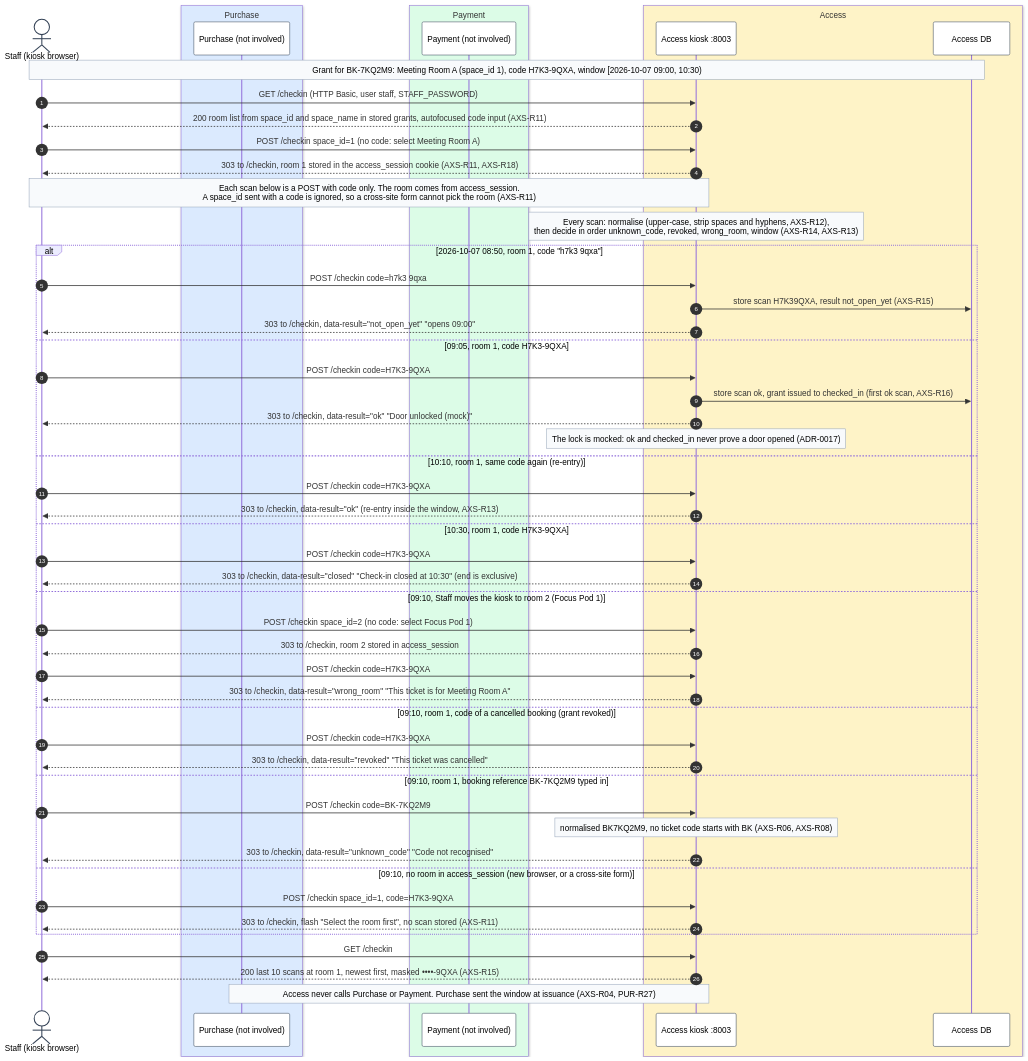
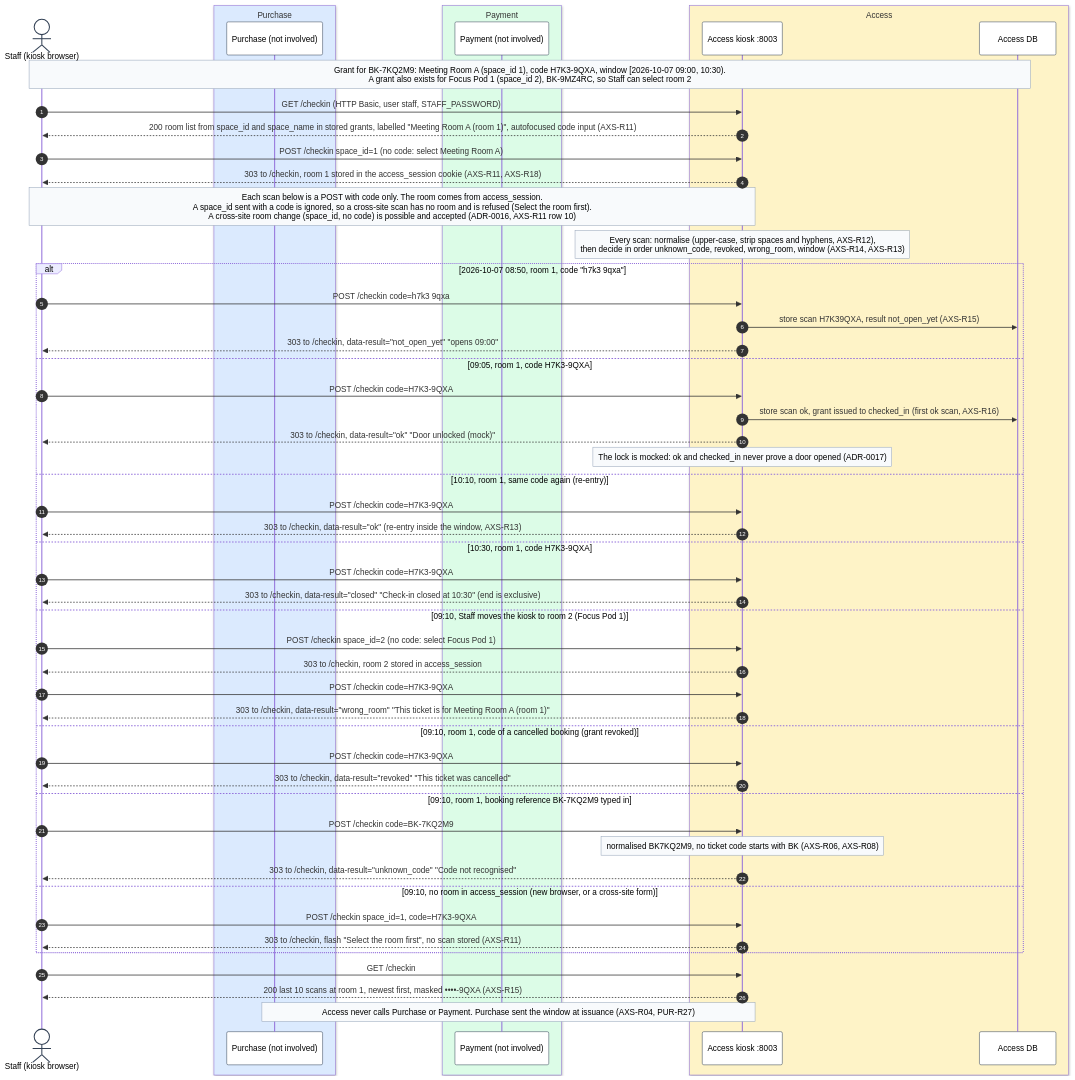
The diagram in diagrams/seq-checkin.mmd (JedizR/cowork-booking-docs), drawn with Mermaid before and after one commit. The commit also changed 55 other files, not shown here.

```diff
--- a/diagrams/seq-checkin.mmd
+++ b/diagrams/seq-checkin.mmd
@@ -1,55 +1,55 @@
 %%{init: {"themeVariables": {"actorBkg": "#ffffff", "actorBorder": "#334155", "noteBkgColor": "#f8fafc", "noteBorderColor": "#94a3b8"}}}%%
 sequenceDiagram
   autonumber
   actor S as Staff (kiosk browser)
   box rgb(219,234,254) Purchase
     participant PURX as Purchase (not involved)
   end
   box rgb(220,252,231) Payment
     participant PAYX as Payment (not involved)
   end
   box rgb(254,243,199) Access
     participant K as Access kiosk :8003
     participant ADB as Access DB
   end
-  Note over S,ADB: Grant for BK-7KQ2M9: Meeting Room A (space_id 1), code H7K3-9QXA, window [2026-10-07 09:00, 10:30)
+  Note over S,ADB: Grant for BK-7KQ2M9: Meeting Room A (space_id 1), code H7K3-9QXA, window [2026-10-07 09:00, 10:30).<br/>A grant also exists for Focus Pod 1 (space_id 2), BK-9MZ4RC, so Staff can select room 2
   S->>K: GET /checkin (HTTP Basic, user staff, STAFF_PASSWORD)
-  K-->>S: 200 room list from space_id and space_name in stored grants, autofocused code input (AXS-R11)
+  K-->>S: 200 room list from space_id and space_name in stored grants, labelled "Meeting Room A (room 1)", autofocused code input (AXS-R11)
   S->>K: POST /checkin space_id=1 (no code: select Meeting Room A)
   K-->>S: 303 to /checkin, room 1 stored in the access_session cookie (AXS-R11, AXS-R18)
-  Note over S,K: Each scan below is a POST with code only. The room comes from access_session.<br/>A space_id sent with a code is ignored, so a cross-site form cannot pick the room (AXS-R11)
+  Note over S,K: Each scan below is a POST with code only. The room comes from access_session.<br/>A space_id sent with a code is ignored, so a cross-site scan has no room and is refused (Select the room first).<br/>A cross-site room change (space_id, no code) is possible and accepted (ADR-0016, AXS-R11 row 10)
   Note over K: Every scan: normalise (upper-case, strip spaces and hyphens, AXS-R12),<br/>then decide in order unknown_code, revoked, wrong_room, window (AXS-R14, AXS-R13)
   alt 2026-10-07 08:50, room 1, code "h7k3 9qxa"
     S->>K: POST /checkin code=h7k3 9qxa
     K->>ADB: store scan H7K39QXA, result not_open_yet (AXS-R15)
     K-->>S: 303 to /checkin, data-result="not_open_yet" "opens 09:00"
   else 09:05, room 1, code H7K3-9QXA
     S->>K: POST /checkin code=H7K3-9QXA
     K->>ADB: store scan ok, grant issued to checked_in (first ok scan, AXS-R16)
     K-->>S: 303 to /checkin, data-result="ok" "Door unlocked (mock)"
     Note over K: The lock is mocked: ok and checked_in never prove a door opened (ADR-0017)
   else 10:10, room 1, same code again (re-entry)
     S->>K: POST /checkin code=H7K3-9QXA
     K-->>S: 303 to /checkin, data-result="ok" (re-entry inside the window, AXS-R13)
   else 10:30, room 1, code H7K3-9QXA
     S->>K: POST /checkin code=H7K3-9QXA
     K-->>S: 303 to /checkin, data-result="closed" "Check-in closed at 10:30" (end is exclusive)
   else 09:10, Staff moves the kiosk to room 2 (Focus Pod 1)
     S->>K: POST /checkin space_id=2 (no code: select Focus Pod 1)
     K-->>S: 303 to /checkin, room 2 stored in access_session
     S->>K: POST /checkin code=H7K3-9QXA
-    K-->>S: 303 to /checkin, data-result="wrong_room" "This ticket is for Meeting Room A"
+    K-->>S: 303 to /checkin, data-result="wrong_room" "This ticket is for Meeting Room A (room 1)"
   else 09:10, room 1, code of a cancelled booking (grant revoked)
     S->>K: POST /checkin code=H7K3-9QXA
     K-->>S: 303 to /checkin, data-result="revoked" "This ticket was cancelled"
   else 09:10, room 1, booking reference BK-7KQ2M9 typed in
     S->>K: POST /checkin code=BK-7KQ2M9
     Note over K: normalised BK7KQ2M9, no ticket code starts with BK (AXS-R06, AXS-R08)
     K-->>S: 303 to /checkin, data-result="unknown_code" "Code not recognised"
   else 09:10, no room in access_session (new browser, or a cross-site form)
     S->>K: POST /checkin space_id=1, code=H7K3-9QXA
     K-->>S: 303 to /checkin, flash "Select the room first", no scan stored (AXS-R11)
   end
   S->>K: GET /checkin
   K-->>S: 200 last 10 scans at room 1, newest first, masked ••••-9QXA (AXS-R15)
   Note over PURX,K: Access never calls Purchase or Payment. Purchase sent the window at issuance (AXS-R04, PUR-R27)
```
